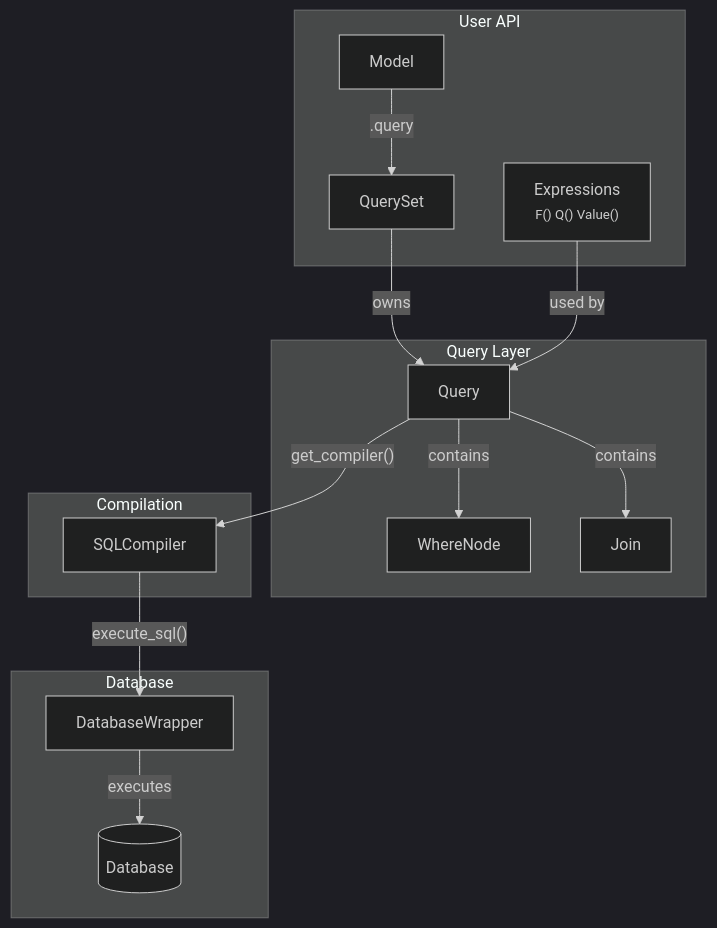
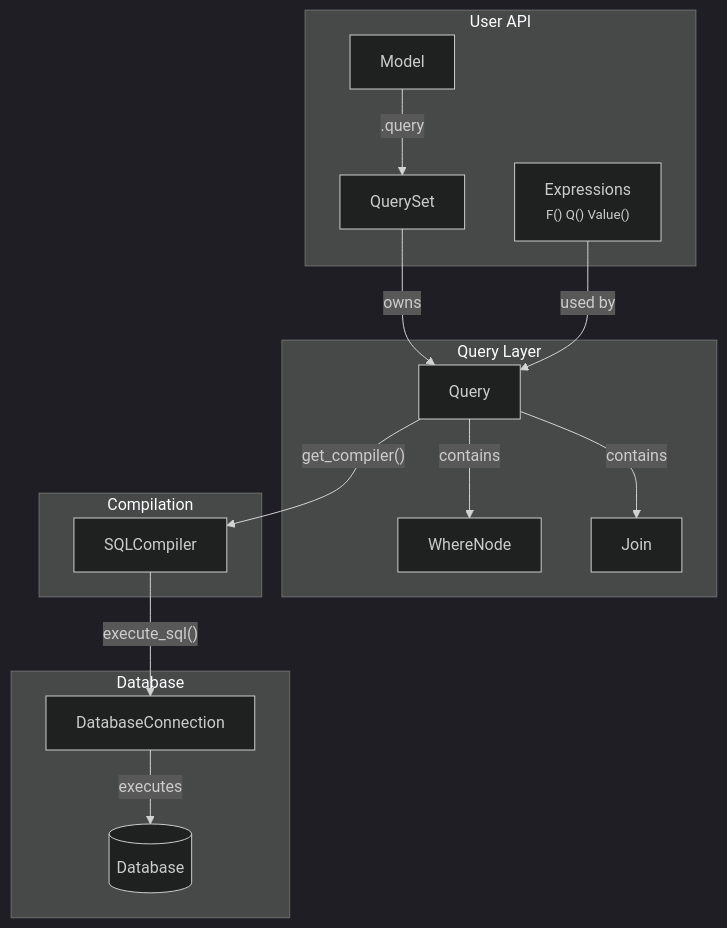
Before and after one commit to dropseed/plain: the diagram in plain-models/plain/models/README.md, drawn with Mermaid (dark theme). The commit also changed other lines of this file and 41 other files, not shown here.

First line of the commit message:
Replace DatabaseConnection proxy with get_connection() and rename DatabaseWrapper

````diff
--- a/plain-models/plain/models/README.md
+++ b/plain-models/plain/models/README.md
@@ -785,32 +785,32 @@
 ```mermaid
 graph TB
     subgraph "User API"
         Model["Model"]
         QS["QuerySet"]
         Expr["Expressions<br/><small>F() Q() Value()</small>"]
     end
 
     subgraph "Query Layer"
         Query["Query"]
         Where["WhereNode"]
         Join["Join"]
     end
 
     subgraph "Compilation"
         Compiler["SQLCompiler"]
     end
 
     subgraph "Database"
-        Connection["DatabaseWrapper"]
+        Connection["DatabaseConnection"]
         DB[(Database)]
     end
 
     Model -- ".query" --> QS
     QS -- "owns" --> Query
     Expr -- "used by" --> Query
     Query -- "contains" --> Where
     Query -- "contains" --> Join
     Query -- "get_compiler()" --> Compiler
     Compiler -- "execute_sql()" --> Connection
     Connection -- "executes" --> DB
 ```
````
